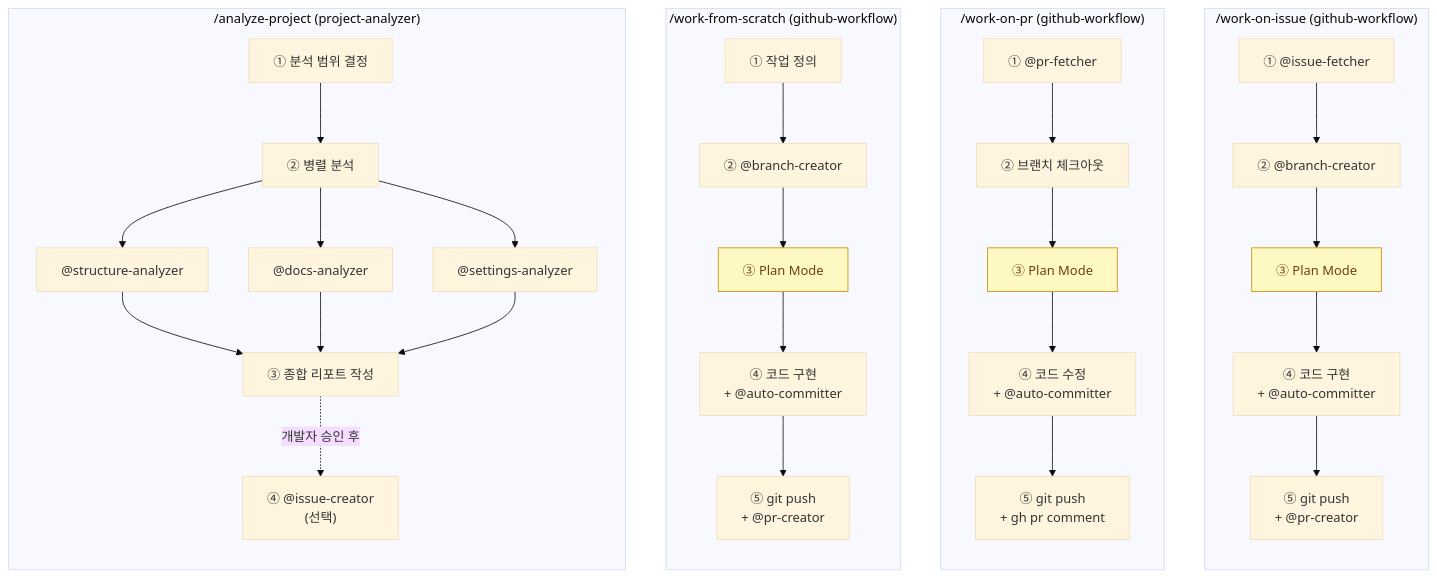
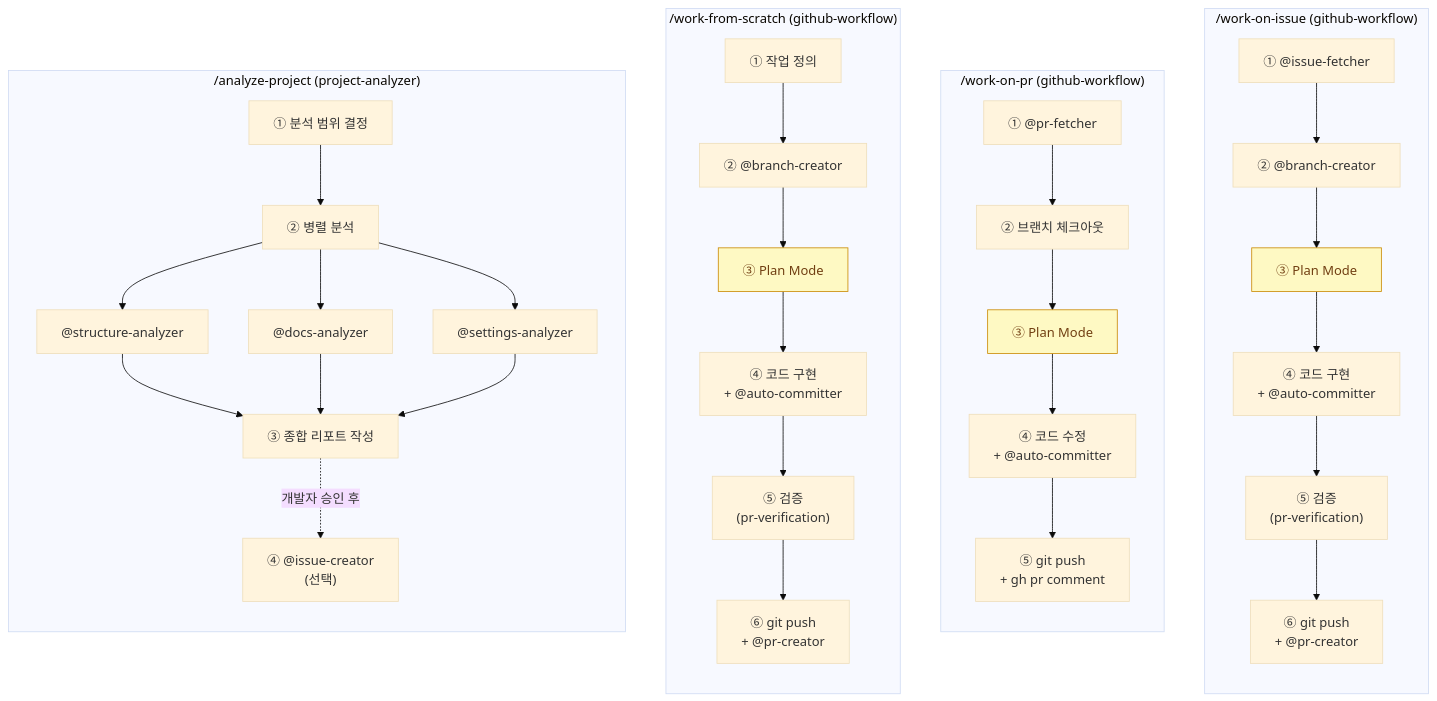
Before and after one commit to iamhoonse-dev/hoonse-claude-plugins: the second of 3 diagrams in README.md, drawn with Mermaid (base theme). The commit also changed other lines of this file and 3 other files, not shown here.

````diff
--- a/README.md
+++ b/README.md
@@ -42,54 +42,56 @@
 ```mermaid
 graph TB
     subgraph WOI ["/work-on-issue  (github-workflow)"]
         direction TB
         WOI1["① @issue-fetcher"]
         WOI2["② @branch-creator"]
         WOI3["③ Plan Mode"]
         WOI4["④ 코드 구현\n+ @auto-committer"]
-        WOI5["⑤ git push\n+ @pr-creator"]
-        WOI1 --> WOI2 --> WOI3 --> WOI4 --> WOI5
+        WOI5["⑤ 검증\n(pr-verification)"]
+        WOI6["⑥ git push\n+ @pr-creator"]
+        WOI1 --> WOI2 --> WOI3 --> WOI4 --> WOI5 --> WOI6
     end
 
     subgraph WOP ["/work-on-pr  (github-workflow)"]
         direction TB
         WOP1["① @pr-fetcher"]
         WOP2["② 브랜치 체크아웃"]
         WOP3["③ Plan Mode"]
         WOP4["④ 코드 수정\n+ @auto-committer"]
         WOP5["⑤ git push\n+ gh pr comment"]
         WOP1 --> WOP2 --> WOP3 --> WOP4 --> WOP5
     end
 
     subgraph WFS ["/work-from-scratch  (github-workflow)"]
         direction TB
         WFS1["① 작업 정의"]
         WFS2["② @branch-creator"]
         WFS3["③ Plan Mode"]
         WFS4["④ 코드 구현\n+ @auto-committer"]
-        WFS5["⑤ git push\n+ @pr-creator"]
-        WFS1 --> WFS2 --> WFS3 --> WFS4 --> WFS5
+        WFS5["⑤ 검증\n(pr-verification)"]
+        WFS6["⑥ git push\n+ @pr-creator"]
+        WFS1 --> WFS2 --> WFS3 --> WFS4 --> WFS5 --> WFS6
     end
 
     subgraph ANAP ["/analyze-project  (project-analyzer)"]
         direction TB
         ANAP0["① 분석 범위 결정"]
         ANAP1["② 병렬 분석"]
         ANA1["@structure-analyzer"]
         ANA2["@docs-analyzer"]
         ANA3["@settings-analyzer"]
         ANAP2["③ 종합 리포트 작성"]
         ANA4["④ @issue-creator\n(선택)"]
         ANAP0 --> ANAP1
         ANAP1 --> ANA1
         ANAP1 --> ANA2
         ANAP1 --> ANA3
         ANA1 --> ANAP2
         ANA2 --> ANAP2
         ANA3 --> ANAP2
         ANAP2 -. "개발자 승인 후" .-> ANA4
     end
 
     classDef plan fill:#fef9c3,stroke:#ca8a04,color:#713f12
     class WOI3,WOP3,WFS3 plan
 ```
````
